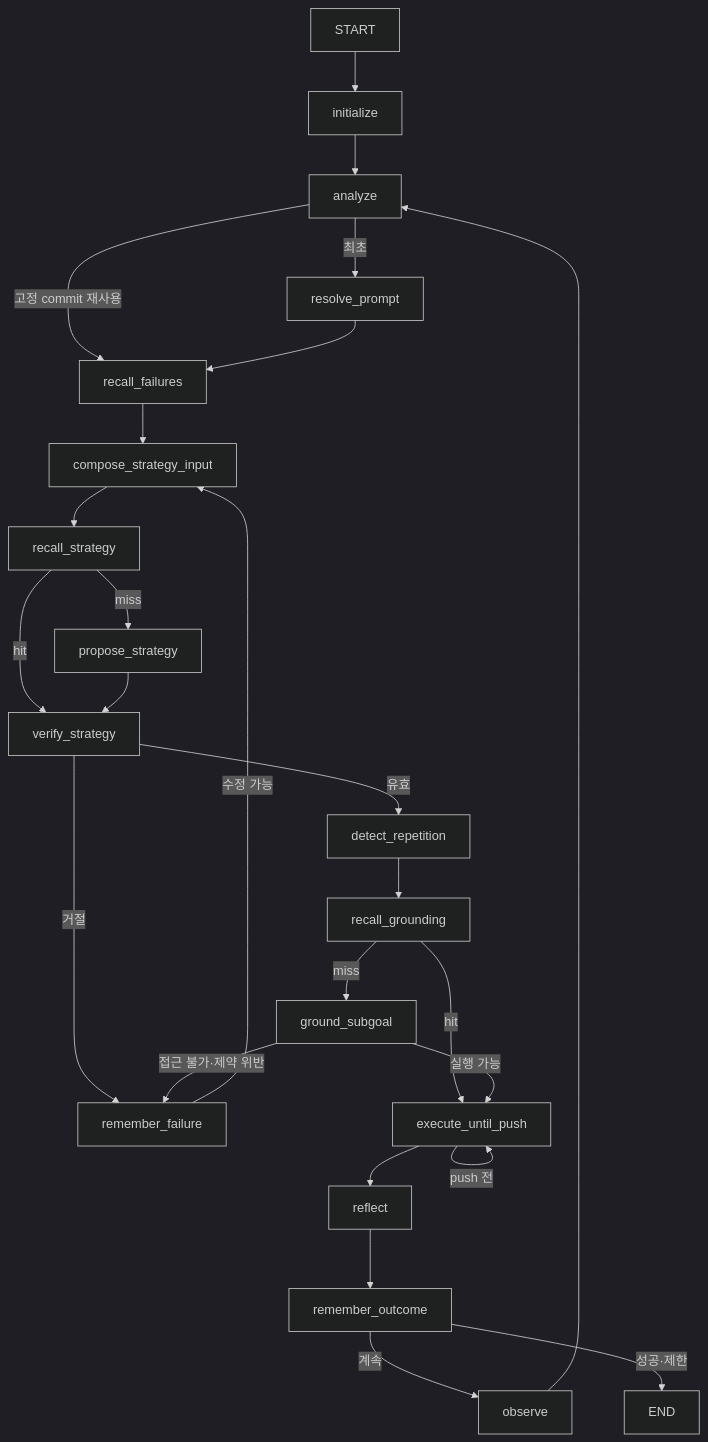
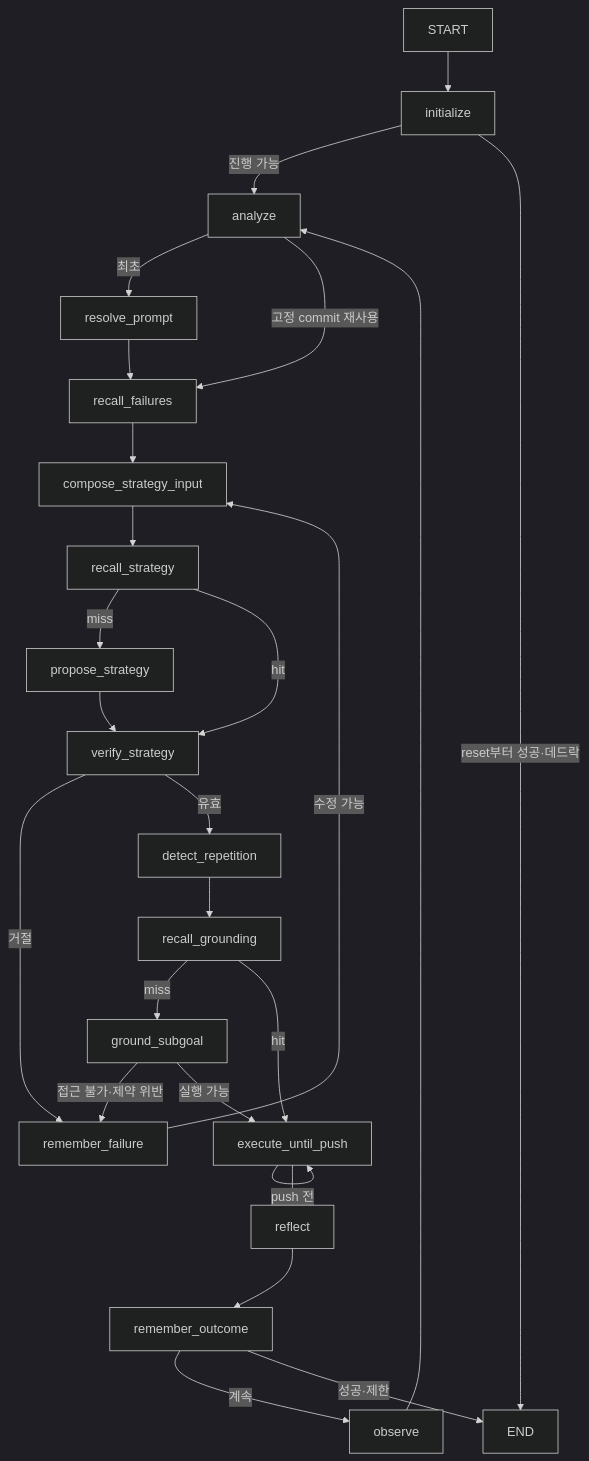
One commit to fredisbusy/sokoban-agent changed the second of 2 diagrams in docs/ARCHITECTURE.md. Above: the diagram before and after it, drawn with Mermaid (dark theme). The commit also changed other lines of this file and 29 other files, not shown here.

````diff
--- a/docs/ARCHITECTURE.md
+++ b/docs/ARCHITECTURE.md
@@ -73,27 +73,28 @@
 ```mermaid
 flowchart TD
     S["START"] --> I["initialize"]
-    I --> A["analyze"]
+    I -->|"진행 가능"| A["analyze"]
+    I -->|"reset부터 성공·데드락"| E["END"]
     A -->|"최초"| L["resolve_prompt"]
     A -->|"고정 commit 재사용"| F["recall_failures"]
     L --> F
     F --> C["compose_strategy_input"]
     C --> RS["recall_strategy"]
     RS -->|"miss"| P["propose_strategy"]
     RS -->|"hit"| V["verify_strategy"]
     P --> V["verify_strategy"]
     V -->|"거절"| RF["remember_failure"]
     RF -->|"수정 가능"| C
     V -->|"유효"| D["detect_repetition"]
     D --> RG["recall_grounding"]
     RG -->|"miss"| G["ground_subgoal"]
     RG -->|"hit"| X["execute_until_push"]
     G -->|"접근 불가·제약 위반"| RF
     G -->|"실행 가능"| X["execute_until_push"]
     X -->|"push 전"| X
     X --> R["reflect"]
     R --> M["remember_outcome"]
     M -->|"계속"| O["observe"]
     O --> A
     M -->|"성공·제한"| E["END"]
 ```
````
